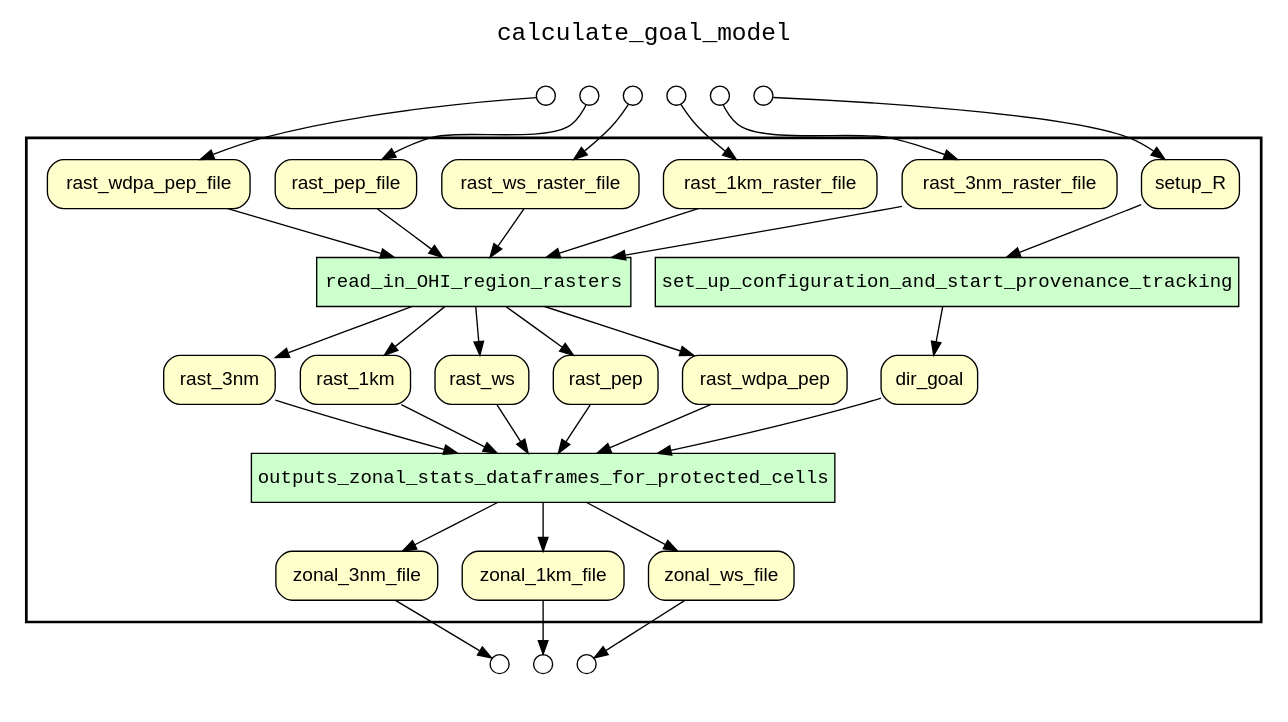
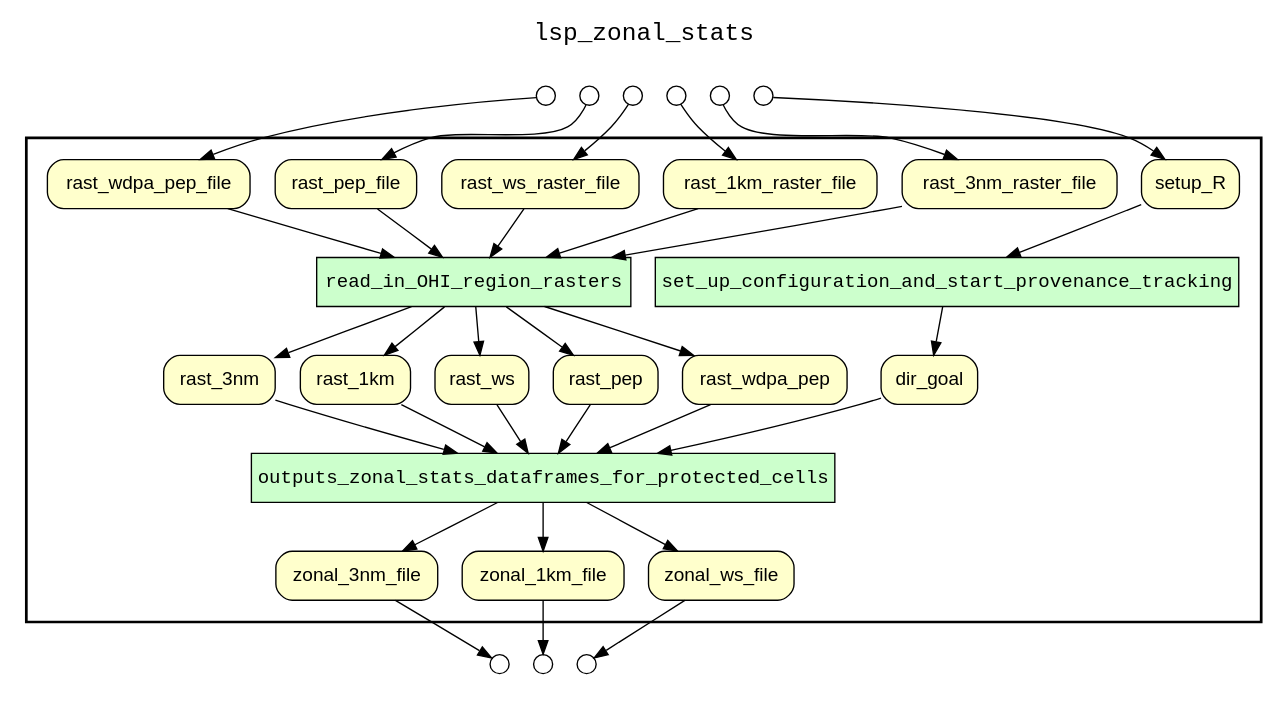
Before and after one commit to sycao5/runManager-multipleRuns: the diagram in examples/OHIBC_Howe_Sound/hybrid provenance queries/examples/lsp_zonal_stats/results/complete_wf_graph.gv, drawn with Graphviz. The commit also changed 106 other files, not shown here.

Commit message:
Update YW WF graphs for lsp_zonal_stats.R, estimate_status_and_trend_by_year.R, and combine_inland_offshore.R

```diff
--- a/examples/OHIBC_Howe_Sound/hybrid provenance queries/examples/lsp_zonal_stats/results/complete_wf_graph.gv
+++ b/examples/OHIBC_Howe_Sound/hybrid provenance queries/examples/lsp_zonal_stats/results/complete_wf_graph.gv
@@ -1,78 +1,78 @@
 
 digraph yw_data_view {
 rankdir=TB
 fontname=Courier; fontsize=18; labelloc=t
-label="calculate_goal_model"
+label="lsp_zonal_stats"
 subgraph cluster_workflow { label=""; color=black; penwidth=2
 subgraph cluster_workflow_inner { label=""; color=white
 node[shape=box style="filled" fillcolor="#CCFFCC" peripheries=1 fontname=Courier]
 set_up_configuration_and_start_provenance_tracking
 read_in_OHI_region_rasters
 outputs_zonal_stats_dataframes_for_protected_cells
 node[shape=box style="filled" fillcolor="#CCFFCC" peripheries=1 fontname=Courier]
 node[shape=box style="rounded,filled" fillcolor="#FFFFCC" peripheries=1 fontname=Helvetica]
 setup_R
 dir_goal
 rast_3nm_raster_file
 rast_1km_raster_file
 rast_ws_raster_file
 rast_pep_file
 rast_wdpa_pep_file
 rast_3nm
 rast_1km
 rast_ws
 rast_pep
 rast_wdpa_pep
 zonal_3nm_file
 zonal_1km_file
 zonal_ws_file
 node[shape=box style="rounded,filled" fillcolor="#FFFFFF" peripheries=1 fontname=Helvetica]
 }}
 subgraph cluster_inflows { label=""; color=white; penwidth=2
 subgraph cluster_inflows_inner { label=""; color=white
 node[shape=circle fillcolor="#FFFFFF" peripheries=1 width=0.2]
 setup_R_inflow [label=""]
 rast_3nm_raster_file_inflow [label=""]
 rast_1km_raster_file_inflow [label=""]
 rast_ws_raster_file_inflow [label=""]
 rast_pep_file_inflow [label=""]
 rast_wdpa_pep_file_inflow [label=""]
 }}
 subgraph cluster_outflows { label=""; color=white; penwidth=2
 subgraph cluster_outflows_inner { label=""; color=white
 node[shape=circle fillcolor="#FFFFFF" peripheries=1 width=0.2]
 zonal_ws_file_outflow [label=""]
 zonal_1km_file_outflow [label=""]
 zonal_3nm_file_outflow [label=""]
 }}
 setup_R -> set_up_configuration_and_start_provenance_tracking
 dir_goal -> outputs_zonal_stats_dataframes_for_protected_cells
 rast_3nm_raster_file -> read_in_OHI_region_rasters
 rast_1km_raster_file -> read_in_OHI_region_rasters
 rast_ws_raster_file -> read_in_OHI_region_rasters
 rast_pep_file -> read_in_OHI_region_rasters
 rast_wdpa_pep_file -> read_in_OHI_region_rasters
 rast_3nm -> outputs_zonal_stats_dataframes_for_protected_cells
 rast_1km -> outputs_zonal_stats_dataframes_for_protected_cells
 rast_ws -> outputs_zonal_stats_dataframes_for_protected_cells
 rast_pep -> outputs_zonal_stats_dataframes_for_protected_cells
 rast_wdpa_pep -> outputs_zonal_stats_dataframes_for_protected_cells
 set_up_configuration_and_start_provenance_tracking -> dir_goal
 read_in_OHI_region_rasters -> rast_3nm
 read_in_OHI_region_rasters -> rast_1km
 read_in_OHI_region_rasters -> rast_ws
 read_in_OHI_region_rasters -> rast_pep
 read_in_OHI_region_rasters -> rast_wdpa_pep
 outputs_zonal_stats_dataframes_for_protected_cells -> zonal_3nm_file
 outputs_zonal_stats_dataframes_for_protected_cells -> zonal_1km_file
 outputs_zonal_stats_dataframes_for_protected_cells -> zonal_ws_file
 setup_R_inflow -> setup_R
 rast_3nm_raster_file_inflow -> rast_3nm_raster_file
 rast_1km_raster_file_inflow -> rast_1km_raster_file
 rast_ws_raster_file_inflow -> rast_ws_raster_file
 rast_pep_file_inflow -> rast_pep_file
 rast_wdpa_pep_file_inflow -> rast_wdpa_pep_file
 zonal_ws_file -> zonal_ws_file_outflow
 zonal_1km_file -> zonal_1km_file_outflow
 zonal_3nm_file -> zonal_3nm_file_outflow
 }
```
